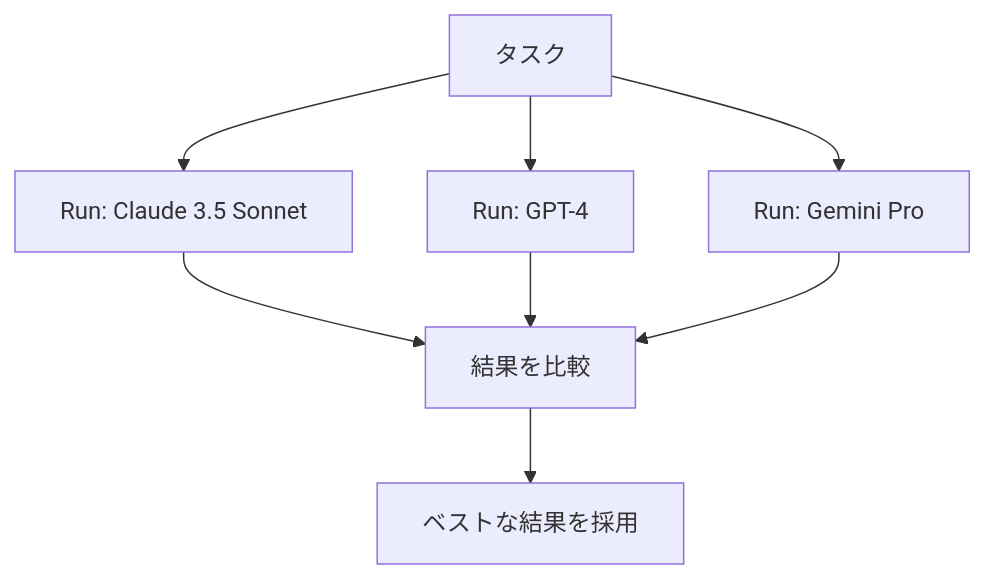
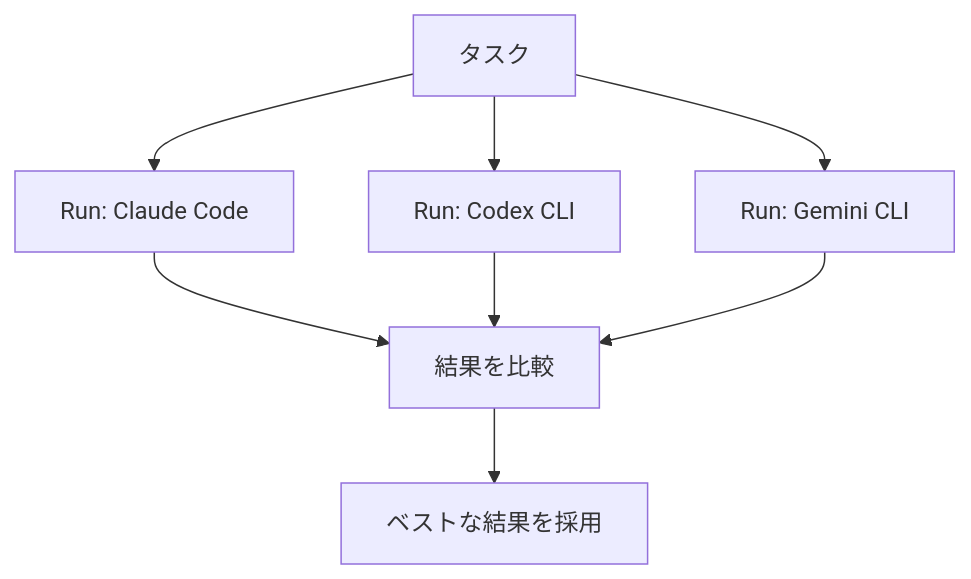
One commit to hampen2929/dursor changed the seventh of 11 diagrams in docs/user-development-workflow-usecase.md. Above: the diagram before and after it, drawn with Mermaid.

Commit message:
Fix executor names in parallel execution diagram
Changed model names to actual CLI executor names:
- Claude 3.5 Sonnet -> Claude Code
- GPT-4 -> Codex CLI
- Gemini Pro -> Gemini CLI

````diff
--- a/docs/user-development-workflow-usecase.md
+++ b/docs/user-development-workflow-usecase.md
@@ -233,10 +233,10 @@
 ```mermaid
 flowchart TD
-    T[タスク] --> R1[Run: Claude 3.5 Sonnet]
-    T --> R2[Run: GPT-4]
-    T --> R3[Run: Gemini Pro]
+    T[タスク] --> R1[Run: Claude Code]
+    T --> R2[Run: Codex CLI]
+    T --> R3[Run: Gemini CLI]
     R1 --> C[結果を比較]
     R2 --> C
     R3 --> C
     C --> B[ベストな結果を採用]
 ```
````
